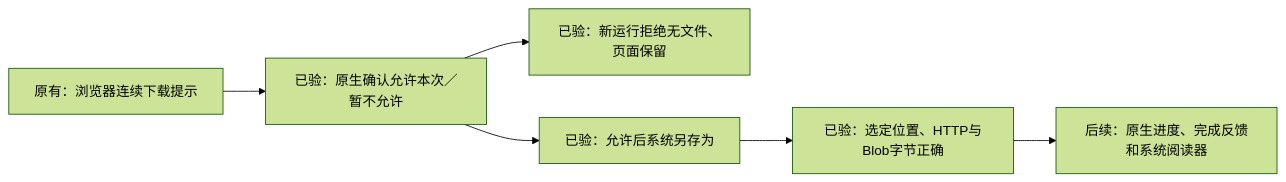
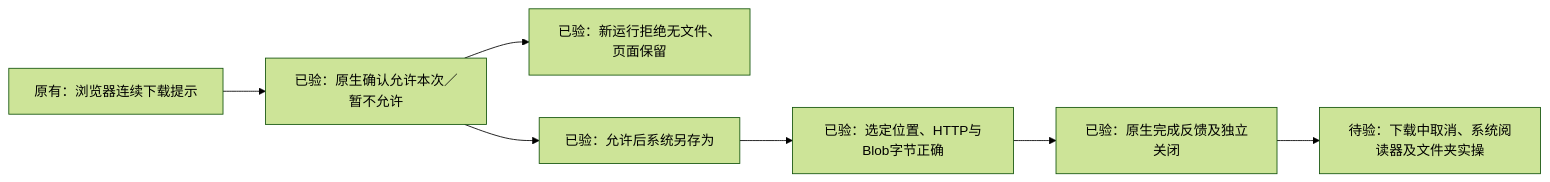
Before and after one commit to XYL333FYQ/TongMuTVPlus: the first of 6 diagrams in docs/design/CLIENT-EXPERIENCE-VERIFIED.md, drawn with Mermaid (forest theme). The commit also changed other lines of this file and 2 other files, not shown here.

````diff
--- a/docs/design/CLIENT-EXPERIENCE-VERIFIED.md
+++ b/docs/design/CLIENT-EXPERIENCE-VERIFIED.md
@@ -9,8 +11,9 @@
 ```mermaid
 flowchart LR
     A[原有：浏览器连续下载提示] --> C[已验：原生确认允许本次／暂不允许]
     C --> D[已验：新运行拒绝无文件、页面保留]
     C --> E[已验：允许后系统另存为]
     E --> F[已验：选定位置、HTTP与Blob字节正确]
-    F --> G[后续：原生进度、完成反馈和系统阅读器]
+    F --> G[已验：原生完成反馈及独立关闭]
+    G --> H[待验：下载中取消、系统阅读器及文件夹实操]
 ```
````
